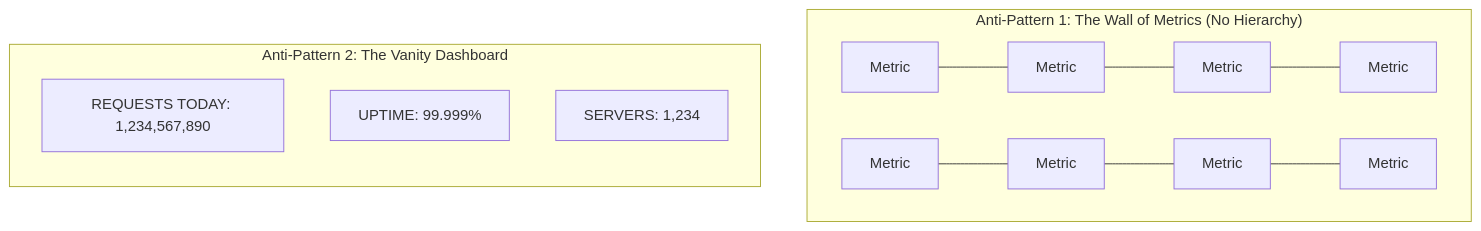
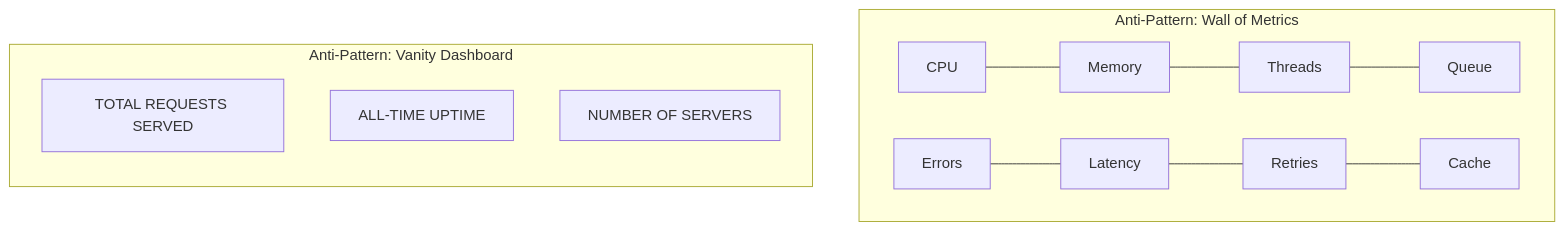
One commit to kube-dojo/kube-dojo changed the fourth of 7 diagrams in src/content/docs/platform/foundations/observability-theory/module-3.4-from-data-to-insight.md. Above: the diagram before and after it, drawn with Mermaid. The commit also changed other lines of this file and 1 other file, not shown here.

````diff
--- a/src/content/docs/platform/foundations/observability-theory/module-3.4-from-data-to-insight.md
+++ b/src/content/docs/platform/foundations/observability-theory/module-3.4-from-data-to-insight.md
@@ -332,14 +279,14 @@
 ```mermaid
 flowchart TD
-    subgraph "Anti-Pattern 1: The Wall of Metrics (No Hierarchy)"
+    subgraph Wall ["Anti-Pattern: Wall of Metrics"]
         direction LR
-        M1[Metric] --- M2[Metric] --- M3[Metric] --- M4[Metric]
-        M5[Metric] --- M6[Metric] --- M7[Metric] --- M8[Metric]
+        M1["CPU"] --- M2["Memory"] --- M3["Threads"] --- M4["Queue"]
+        M5["Errors"] --- M6["Latency"] --- M7["Retries"] --- M8["Cache"]
     end
-    subgraph "Anti-Pattern 2: The Vanity Dashboard"
+    subgraph Vanity ["Anti-Pattern: Vanity Dashboard"]
         direction TB
-        V1["REQUESTS TODAY: 1,234,567,890"]
-        V2["UPTIME: 99.999%"]
-        V3["SERVERS: 1,234"]
+        V1["TOTAL REQUESTS SERVED"]
+        V2["ALL-TIME UPTIME"]
+        V3["NUMBER OF SERVERS"]
     end
 ```
````
